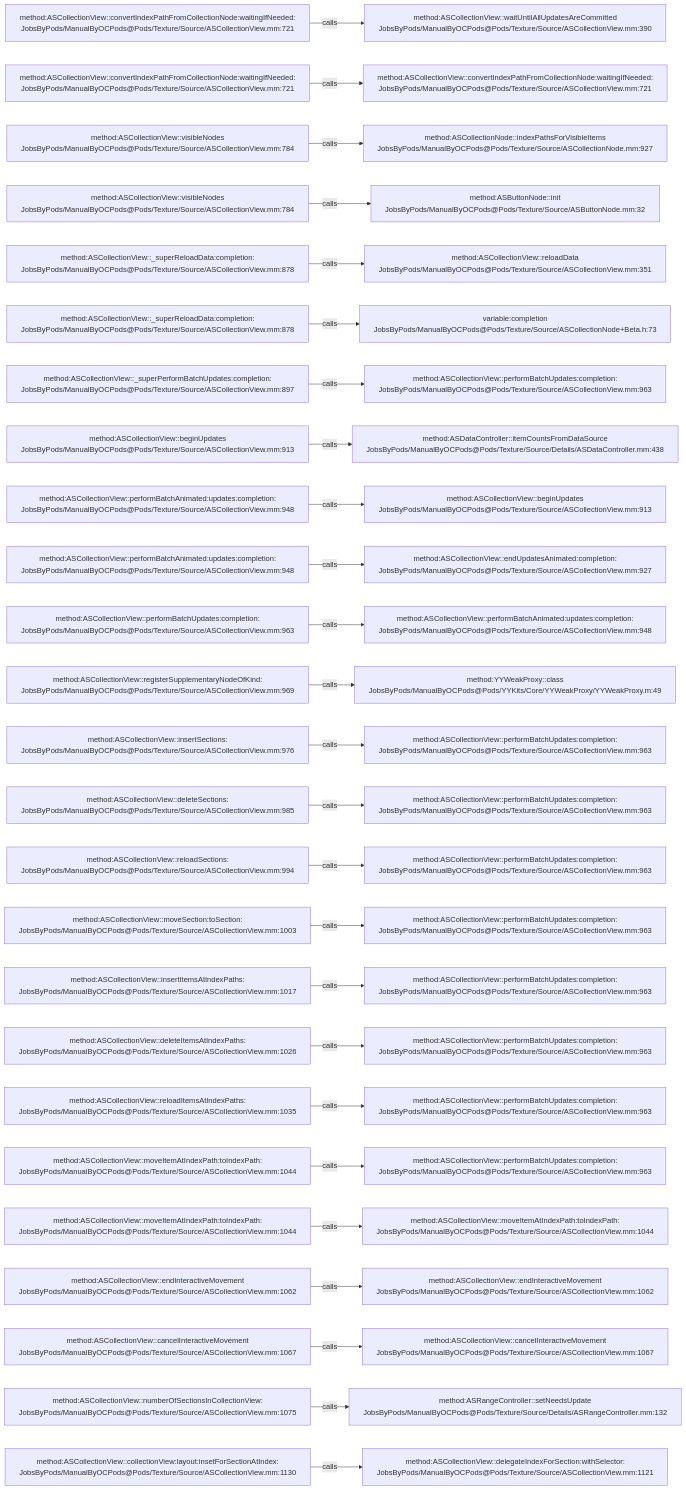
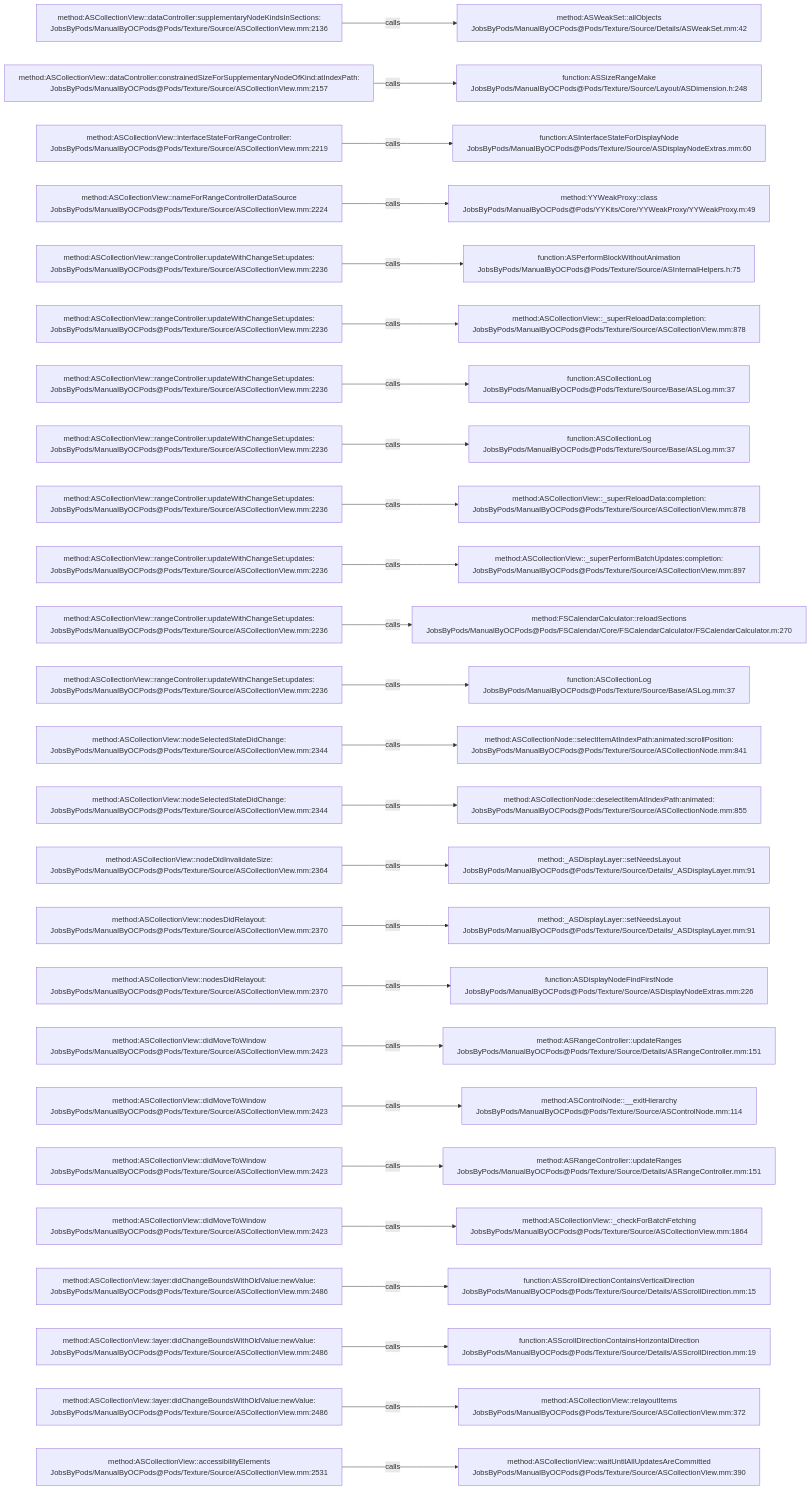
The diagram in .codegraph/codegraph.md/graphs/calls-082.md (JobsKits/JobsOCBaseConfigDemo), drawn with Mermaid before and after one commit. The commit also changed 1353 other files, not shown here.

````diff
--- a/.codegraph/codegraph.md/graphs/calls-082.md
+++ b/.codegraph/codegraph.md/graphs/calls-082.md
@@ -13,78 +13,78 @@
 ```mermaid
 flowchart LR
-  S1["method:ASCollectionView::convertIndexPathFromCollectionNode:waitingIfNeeded:<br/>JobsByPods/ManualByOCPods@Pods/Texture/Source/ASCollectionView.mm:721"]
-  T1["method:ASCollectionView::waitUntilAllUpdatesAreCommitted<br/>JobsByPods/ManualByOCPods@Pods/Texture/Source/ASCollectionView.mm:390"]
+  S1["method:ASCollectionView::dataController:supplementaryNodeKindsInSections:<br/>JobsByPods/ManualByOCPods@Pods/Texture/Source/ASCollectionView.mm:2136"]
+  T1["method:ASWeakSet::allObjects<br/>JobsByPods/ManualByOCPods@Pods/Texture/Source/Details/ASWeakSet.mm:42"]
   S1 -->|calls| T1
-  S2["method:ASCollectionView::convertIndexPathFromCollectionNode:waitingIfNeeded:<br/>JobsByPods/ManualByOCPods@Pods/Texture/Source/ASCollectionView.mm:721"]
-  T2["method:ASCollectionView::convertIndexPathFromCollectionNode:waitingIfNeeded:<br/>JobsByPods/ManualByOCPods@Pods/Texture/Source/ASCollectionView.mm:721"]
+  S2["method:ASCollectionView::dataController:constrainedSizeForSupplementaryNodeOfKind:atIndexPath:<br/>JobsByPods/ManualByOCPods@Pods/Texture/Source/ASCollectionView.mm:2157"]
+  T2["function:ASSizeRangeMake<br/>JobsByPods/ManualByOCPods@Pods/Texture/Source/Layout/ASDimension.h:248"]
   S2 -->|calls| T2
-  S3["method:ASCollectionView::visibleNodes<br/>JobsByPods/ManualByOCPods@Pods/Texture/Source/ASCollectionView.mm:784"]
-  T3["method:ASCollectionNode::indexPathsForVisibleItems<br/>JobsByPods/ManualByOCPods@Pods/Texture/Source/ASCollectionNode.mm:927"]
+  S3["method:ASCollectionView::interfaceStateForRangeController:<br/>JobsByPods/ManualByOCPods@Pods/Texture/Source/ASCollectionView.mm:2219"]
+  T3["function:ASInterfaceStateForDisplayNode<br/>JobsByPods/ManualByOCPods@Pods/Texture/Source/ASDisplayNodeExtras.mm:60"]
   S3 -->|calls| T3
-  S4["method:ASCollectionView::visibleNodes<br/>JobsByPods/ManualByOCPods@Pods/Texture/Source/ASCollectionView.mm:784"]
-  T4["method:ASButtonNode::init<br/>JobsByPods/ManualByOCPods@Pods/Texture/Source/ASButtonNode.mm:32"]
+  S4["method:ASCollectionView::nameForRangeControllerDataSource<br/>JobsByPods/ManualByOCPods@Pods/Texture/Source/ASCollectionView.mm:2224"]
+  T4["method:YYWeakProxy::class<br/>JobsByPods/ManualByOCPods@Pods/YYKits/Core/YYWeakProxy/YYWeakProxy.m:49"]
   S4 -->|calls| T4
-  S5["method:ASCollectionView::_superReloadData:completion:<br/>JobsByPods/ManualByOCPods@Pods/Texture/Source/ASCollectionView.mm:878"]
-  T5["method:ASCollectionView::reloadData<br/>JobsByPods/ManualByOCPods@Pods/Texture/Source/ASCollectionView.mm:351"]
+  S5["method:ASCollectionView::rangeController:updateWithChangeSet:updates:<br/>JobsByPods/ManualByOCPods@Pods/Texture/Source/ASCollectionView.mm:2236"]
+  T5["function:ASPerformBlockWithoutAnimation<br/>JobsByPods/ManualByOCPods@Pods/Texture/Source/ASInternalHelpers.h:75"]
   S5 -->|calls| T5
-  S6["method:ASCollectionView::_superReloadData:completion:<br/>JobsByPods/ManualByOCPods@Pods/Texture/Source/ASCollectionView.mm:878"]
-  T6["variable:completion<br/>JobsByPods/ManualByOCPods@Pods/Texture/Source/ASCollectionNode+Beta.h:73"]
+  S6["method:ASCollectionView::rangeController:updateWithChangeSet:updates:<br/>JobsByPods/ManualByOCPods@Pods/Texture/Source/ASCollectionView.mm:2236"]
+  T6["method:ASCollectionView::_superReloadData:completion:<br/>JobsByPods/ManualByOCPods@Pods/Texture/Source/ASCollectionView.mm:878"]
   S6 -->|calls| T6
-  S7["method:ASCollectionView::_superPerformBatchUpdates:completion:<br/>JobsByPods/ManualByOCPods@Pods/Texture/Source/ASCollectionView.mm:897"]
-  T7["method:ASCollectionView::performBatchUpdates:completion:<br/>JobsByPods/ManualByOCPods@Pods/Texture/Source/ASCollectionView.mm:963"]
+  S7["method:ASCollectionView::rangeController:updateWithChangeSet:updates:<br/>JobsByPods/ManualByOCPods@Pods/Texture/Source/ASCollectionView.mm:2236"]
+  T7["function:ASCollectionLog<br/>JobsByPods/ManualByOCPods@Pods/Texture/Source/Base/ASLog.mm:37"]
   S7 -->|calls| T7
-  S8["method:ASCollectionView::beginUpdates<br/>JobsByPods/ManualByOCPods@Pods/Texture/Source/ASCollectionView.mm:913"]
-  T8["method:ASDataController::itemCountsFromDataSource<br/>JobsByPods/ManualByOCPods@Pods/Texture/Source/Details/ASDataController.mm:438"]
+  S8["method:ASCollectionView::rangeController:updateWithChangeSet:updates:<br/>JobsByPods/ManualByOCPods@Pods/Texture/Source/ASCollectionView.mm:2236"]
+  T8["function:ASCollectionLog<br/>JobsByPods/ManualByOCPods@Pods/Texture/Source/Base/ASLog.mm:37"]
   S8 -->|calls| T8
-  S9["method:ASCollectionView::performBatchAnimated:updates:completion:<br/>JobsByPods/ManualByOCPods@Pods/Texture/Source/ASCollectionView.mm:948"]
-  T9["method:ASCollectionView::beginUpdates<br/>JobsByPods/ManualByOCPods@Pods/Texture/Source/ASCollectionView.mm:913"]
+  S9["method:ASCollectionView::rangeController:updateWithChangeSet:updates:<br/>JobsByPods/ManualByOCPods@Pods/Texture/Source/ASCollectionView.mm:2236"]
+  T9["method:ASCollectionView::_superReloadData:completion:<br/>JobsByPods/ManualByOCPods@Pods/Texture/Source/ASCollectionView.mm:878"]
   S9 -->|calls| T9
-  S10["method:ASCollectionView::performBatchAnimated:updates:completion:<br/>JobsByPods/ManualByOCPods@Pods/Texture/Source/ASCollectionView.mm:948"]
-  T10["method:ASCollectionView::endUpdatesAnimated:completion:<br/>JobsByPods/ManualByOCPods@Pods/Texture/Source/ASCollectionView.mm:927"]
+  S10["method:ASCollectionView::rangeController:updateWithChangeSet:updates:<br/>JobsByPods/ManualByOCPods@Pods/Texture/Source/ASCollectionView.mm:2236"]
+  T10["method:ASCollectionView::_superPerformBatchUpdates:completion:<br/>JobsByPods/ManualByOCPods@Pods/Texture/Source/ASCollectionView.mm:897"]
   S10 -->|calls| T10
-  S11["method:ASCollectionView::performBatchUpdates:completion:<br/>JobsByPods/ManualByOCPods@Pods/Texture/Source/ASCollectionView.mm:963"]
-  T11["method:ASCollectionView::performBatchAnimated:updates:completion:<br/>JobsByPods/ManualByOCPods@Pods/Texture/Source/ASCollectionView.mm:948"]
+  S11["method:ASCollectionView::rangeController:updateWithChangeSet:updates:<br/>JobsByPods/ManualByOCPods@Pods/Texture/Source/ASCollectionView.mm:2236"]
+  T11["method:FSCalendarCalculator::reloadSections<br/>JobsByPods/ManualByOCPods@Pods/FSCalendar/Core/FSCalendarCalculator/FSCalendarCalculator.m:270"]
   S11 -->|calls| T11
-  S12["method:ASCollectionView::registerSupplementaryNodeOfKind:<br/>JobsByPods/ManualByOCPods@Pods/Texture/Source/ASCollectionView.mm:969"]
-  T12["method:YYWeakProxy::class<br/>JobsByPods/ManualByOCPods@Pods/YYKits/Core/YYWeakProxy/YYWeakProxy.m:49"]
+  S12["method:ASCollectionView::rangeController:updateWithChangeSet:updates:<br/>JobsByPods/ManualByOCPods@Pods/Texture/Source/ASCollectionView.mm:2236"]
+  T12["function:ASCollectionLog<br/>JobsByPods/ManualByOCPods@Pods/Texture/Source/Base/ASLog.mm:37"]
   S12 -->|calls| T12
-  S13["method:ASCollectionView::insertSections:<br/>JobsByPods/ManualByOCPods@Pods/Texture/Source/ASCollectionView.mm:976"]
-  T13["method:ASCollectionView::performBatchUpdates:completion:<br/>JobsByPods/ManualByOCPods@Pods/Texture/Source/ASCollectionView.mm:963"]
+  S13["method:ASCollectionView::nodeSelectedStateDidChange:<br/>JobsByPods/ManualByOCPods@Pods/Texture/Source/ASCollectionView.mm:2344"]
+  T13["method:ASCollectionNode::selectItemAtIndexPath:animated:scrollPosition:<br/>JobsByPods/ManualByOCPods@Pods/Texture/Source/ASCollectionNode.mm:841"]
   S13 -->|calls| T13
-  S14["method:ASCollectionView::deleteSections:<br/>JobsByPods/ManualByOCPods@Pods/Texture/Source/ASCollectionView.mm:985"]
-  T14["method:ASCollectionView::performBatchUpdates:completion:<br/>JobsByPods/ManualByOCPods@Pods/Texture/Source/ASCollectionView.mm:963"]
+  S14["method:ASCollectionView::nodeSelectedStateDidChange:<br/>JobsByPods/ManualByOCPods@Pods/Texture/Source/ASCollectionView.mm:2344"]
+  T14["method:ASCollectionNode::deselectItemAtIndexPath:animated:<br/>JobsByPods/ManualByOCPods@Pods/Texture/Source/ASCollectionNode.mm:855"]
   S14 -->|calls| T14
-  S15["method:ASCollectionView::reloadSections:<br/>JobsByPods/ManualByOCPods@Pods/Texture/Source/ASCollectionView.mm:994"]
-  T15["method:ASCollectionView::performBatchUpdates:completion:<br/>JobsByPods/ManualByOCPods@Pods/Texture/Source/ASCollectionView.mm:963"]
+  S15["method:ASCollectionView::nodeDidInvalidateSize:<br/>JobsByPods/ManualByOCPods@Pods/Texture/Source/ASCollectionView.mm:2364"]
+  T15["method:_ASDisplayLayer::setNeedsLayout<br/>JobsByPods/ManualByOCPods@Pods/Texture/Source/Details/_ASDisplayLayer.mm:91"]
   S15 -->|calls| T15
-  S16["method:ASCollectionView::moveSection:toSection:<br/>JobsByPods/ManualByOCPods@Pods/Texture/Source/ASCollectionView.mm:1003"]
-  T16["method:ASCollectionView::performBatchUpdates:completion:<br/>JobsByPods/ManualByOCPods@Pods/Texture/Source/ASCollectionView.mm:963"]
+  S16["method:ASCollectionView::nodesDidRelayout:<br/>JobsByPods/ManualByOCPods@Pods/Texture/Source/ASCollectionView.mm:2370"]
+  T16["method:_ASDisplayLayer::setNeedsLayout<br/>JobsByPods/ManualByOCPods@Pods/Texture/Source/Details/_ASDisplayLayer.mm:91"]
   S16 -->|calls| T16
-  S17["method:ASCollectionView::insertItemsAtIndexPaths:<br/>JobsByPods/ManualByOCPods@Pods/Texture/Source/ASCollectionView.mm:1017"]
-  T17["method:ASCollectionView::performBatchUpdates:completion:<br/>JobsByPods/ManualByOCPods@Pods/Texture/Source/ASCollectionView.mm:963"]
+  S17["method:ASCollectionView::nodesDidRelayout:<br/>JobsByPods/ManualByOCPods@Pods/Texture/Source/ASCollectionView.mm:2370"]
+  T17["function:ASDisplayNodeFindFirstNode<br/>JobsByPods/ManualByOCPods@Pods/Texture/Source/ASDisplayNodeExtras.mm:226"]
   S17 -->|calls| T17
-  S18["method:ASCollectionView::deleteItemsAtIndexPaths:<br/>JobsByPods/ManualByOCPods@Pods/Texture/Source/ASCollectionView.mm:1026"]
-  T18["method:ASCollectionView::performBatchUpdates:completion:<br/>JobsByPods/ManualByOCPods@Pods/Texture/Source/ASCollectionView.mm:963"]
+  S18["method:ASCollectionView::didMoveToWindow<br/>JobsByPods/ManualByOCPods@Pods/Texture/Source/ASCollectionView.mm:2423"]
+  T18["method:ASRangeController::updateRanges<br/>JobsByPods/ManualByOCPods@Pods/Texture/Source/Details/ASRangeController.mm:151"]
   S18 -->|calls| T18
-  S19["method:ASCollectionView::reloadItemsAtIndexPaths:<br/>JobsByPods/ManualByOCPods@Pods/Texture/Source/ASCollectionView.mm:1035"]
-  T19["method:ASCollectionView::performBatchUpdates:completion:<br/>JobsByPods/ManualByOCPods@Pods/Texture/Source/ASCollectionView.mm:963"]
+  S19["method:ASCollectionView::didMoveToWindow<br/>JobsByPods/ManualByOCPods@Pods/Texture/Source/ASCollectionView.mm:2423"]
+  T19["method:ASControlNode::__exitHierarchy<br/>JobsByPods/ManualByOCPods@Pods/Texture/Source/ASControlNode.mm:114"]
   S19 -->|calls| T19
-  S20["method:ASCollectionView::moveItemAtIndexPath:toIndexPath:<br/>JobsByPods/ManualByOCPods@Pods/Texture/Source/ASCollectionView.mm:1044"]
-  T20["method:ASCollectionView::performBatchUpdates:completion:<br/>JobsByPods/ManualByOCPods@Pods/Texture/Source/ASCollectionView.mm:963"]
+  S20["method:ASCollectionView::didMoveToWindow<br/>JobsByPods/ManualByOCPods@Pods/Texture/Source/ASCollectionView.mm:2423"]
+  T20["method:ASRangeController::updateRanges<br/>JobsByPods/ManualByOCPods@Pods/Texture/Source/Details/ASRangeController.mm:151"]
   S20 -->|calls| T20
-  S21["method:ASCollectionView::moveItemAtIndexPath:toIndexPath:<br/>JobsByPods/ManualByOCPods@Pods/Texture/Source/ASCollectionView.mm:1044"]
-  T21["method:ASCollectionView::moveItemAtIndexPath:toIndexPath:<br/>JobsByPods/ManualByOCPods@Pods/Texture/Source/ASCollectionView.mm:1044"]
+  S21["method:ASCollectionView::didMoveToWindow<br/>JobsByPods/ManualByOCPods@Pods/Texture/Source/ASCollectionView.mm:2423"]
+  T21["method:ASCollectionView::_checkForBatchFetching<br/>JobsByPods/ManualByOCPods@Pods/Texture/Source/ASCollectionView.mm:1864"]
   S21 -->|calls| T21
-  S22["method:ASCollectionView::endInteractiveMovement<br/>JobsByPods/ManualByOCPods@Pods/Texture/Source/ASCollectionView.mm:1062"]
-  T22["method:ASCollectionView::endInteractiveMovement<br/>JobsByPods/ManualByOCPods@Pods/Texture/Source/ASCollectionView.mm:1062"]
+  S22["method:ASCollectionView::layer:didChangeBoundsWithOldValue:newValue:<br/>JobsByPods/ManualByOCPods@Pods/Texture/Source/ASCollectionView.mm:2486"]
+  T22["function:ASScrollDirectionContainsVerticalDirection<br/>JobsByPods/ManualByOCPods@Pods/Texture/Source/Details/ASScrollDirection.mm:15"]
   S22 -->|calls| T22
-  S23["method:ASCollectionView::cancelInteractiveMovement<br/>JobsByPods/ManualByOCPods@Pods/Texture/Source/ASCollectionView.mm:1067"]
-  T23["method:ASCollectionView::cancelInteractiveMovement<br/>JobsByPods/ManualByOCPods@Pods/Texture/Source/ASCollectionView.mm:1067"]
+  S23["method:ASCollectionView::layer:didChangeBoundsWithOldValue:newValue:<br/>JobsByPods/ManualByOCPods@Pods/Texture/Source/ASCollectionView.mm:2486"]
+  T23["function:ASScrollDirectionContainsHorizontalDirection<br/>JobsByPods/ManualByOCPods@Pods/Texture/Source/Details/ASScrollDirection.mm:19"]
   S23 -->|calls| T23
-  S24["method:ASCollectionView::numberOfSectionsInCollectionView:<br/>JobsByPods/ManualByOCPods@Pods/Texture/Source/ASCollectionView.mm:1075"]
-  T24["method:ASRangeController::setNeedsUpdate<br/>JobsByPods/ManualByOCPods@Pods/Texture/Source/Details/ASRangeController.mm:132"]
+  S24["method:ASCollectionView::layer:didChangeBoundsWithOldValue:newValue:<br/>JobsByPods/ManualByOCPods@Pods/Texture/Source/ASCollectionView.mm:2486"]
+  T24["method:ASCollectionView::relayoutItems<br/>JobsByPods/ManualByOCPods@Pods/Texture/Source/ASCollectionView.mm:372"]
   S24 -->|calls| T24
-  S25["method:ASCollectionView::collectionView:layout:insetForSectionAtIndex:<br/>JobsByPods/ManualByOCPods@Pods/Texture/Source/ASCollectionView.mm:1130"]
-  T25["method:ASCollectionView::delegateIndexForSection:withSelector:<br/>JobsByPods/ManualByOCPods@Pods/Texture/Source/ASCollectionView.mm:1121"]
+  S25["method:ASCollectionView::accessibilityElements<br/>JobsByPods/ManualByOCPods@Pods/Texture/Source/ASCollectionView.mm:2531"]
+  T25["method:ASCollectionView::waitUntilAllUpdatesAreCommitted<br/>JobsByPods/ManualByOCPods@Pods/Texture/Source/ASCollectionView.mm:390"]
   S25 -->|calls| T25
 ```
````
